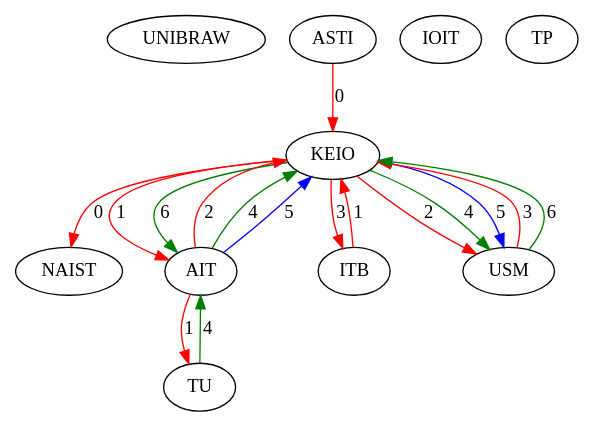
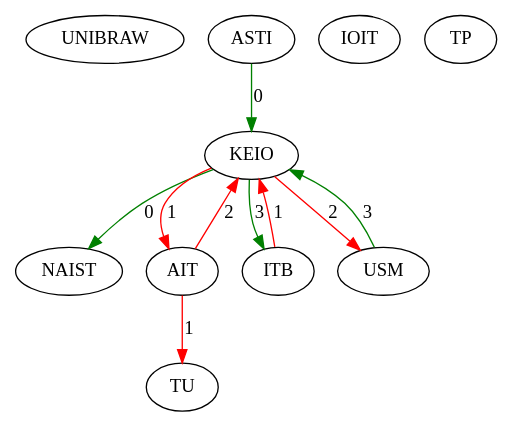
Before and after one commit to Hebbe1234/ExpectAll: the diagram in src/assignedGraphs/assigned.dot, drawn with Graphviz. The commit also changed 4 other files, not shown here.

```diff
--- a/src/assignedGraphs/assigned.dot
+++ b/src/assignedGraphs/assigned.dot
@@ -1,28 +1,21 @@
 digraph  {
 0 [Internal=1, id=0, label=UNIBRAW];
 1 [Internal=1, id=1, label=NAIST];
 2 [Internal=1, id=2, label=KEIO];
 3 [Internal=1, id=3, label=IOIT];
 4 [Internal=1, id=4, label=ASTI];
 5 [Internal=1, id=5, label=TU];
 6 [Internal=1, id=6, label=AIT];
 7 [Internal=1, id=7, label=ITB];
 8 [Internal=1, id=8, label=TP];
 9 [Internal=1, id=9, label=USM];
-2 -> 1  [color=red, key=0, label=0];
+2 -> 1  [color=green, key=0, label=0];
 2 -> 6  [color=red, key=0, label=1];
-2 -> 6  [color=green, key=1, label=6];
-2 -> 7  [color=red, key=0, label=3];
+2 -> 7  [color=green, key=0, label=3];
 2 -> 9  [color=red, key=0, label=2];
-2 -> 9  [color=green, key=1, label=4];
-2 -> 9  [color=blue, key=2, label=5];
-4 -> 2  [color=red, key=0, label=0];
-5 -> 6  [color=green, key=0, label=4];
+4 -> 2  [color=green, key=0, label=0];
 6 -> 2  [color=red, key=0, label=2];
-6 -> 2  [color=green, key=1, label=4];
-6 -> 2  [color=blue, key=2, label=5];
 6 -> 5  [color=red, key=0, label=1];
 7 -> 2  [color=red, key=0, label=1];
-9 -> 2  [color=red, key=0, label=3];
-9 -> 2  [color=green, key=1, label=6];
+9 -> 2  [color=green, key=0, label=3];
 }
```
